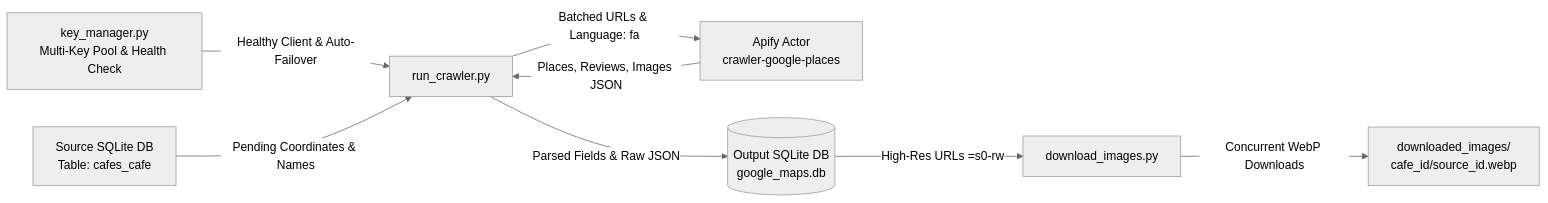
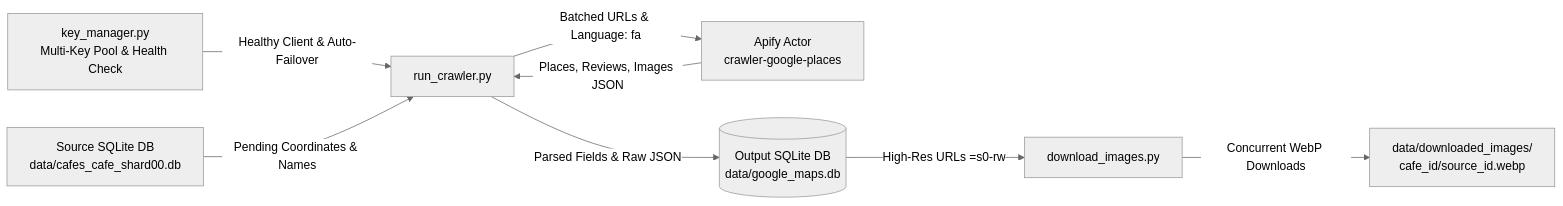
Before and after one commit to osumy/apify_maps: the diagram in README.md, drawn with Mermaid (neutral theme). The commit also changed other lines of this file and 7 other files, not shown here.

First line of the commit message:
refactor(storage): relocate input, output, and media data into data/ folder

````diff
--- a/README.md
+++ b/README.md
@@ -42,10 +42,10 @@
 ```mermaid
 flowchart LR
     KM[key_manager.py<br/>Multi-Key Pool & Health Check] -->|Healthy Client & Auto-Failover| B[run_crawler.py]
-    A[Source SQLite DB<br/>Table: cafes_cafe] -->|Pending Coordinates & Names| B
+    A[Source SQLite DB<br/>data/cafes_cafe_shard00.db] -->|Pending Coordinates & Names| B
     B -->|Batched URLs & Language: fa| C[Apify Actor<br/>crawler-google-places]
     C -->|Places, Reviews, Images JSON| B
-    B -->|Parsed Fields & Raw JSON| D[(Output SQLite DB<br/>google_maps.db)]
+    B -->|Parsed Fields & Raw JSON| D[(Output SQLite DB<br/>data/google_maps.db)]
     D -->|High-Res URLs =s0-rw| E[download_images.py]
-    E -->|Concurrent WebP Downloads| F[downloaded_images/<br/>cafe_id/source_id.webp]
+    E -->|Concurrent WebP Downloads| F[data/downloaded_images/<br/>cafe_id/source_id.webp]
 ```
````
